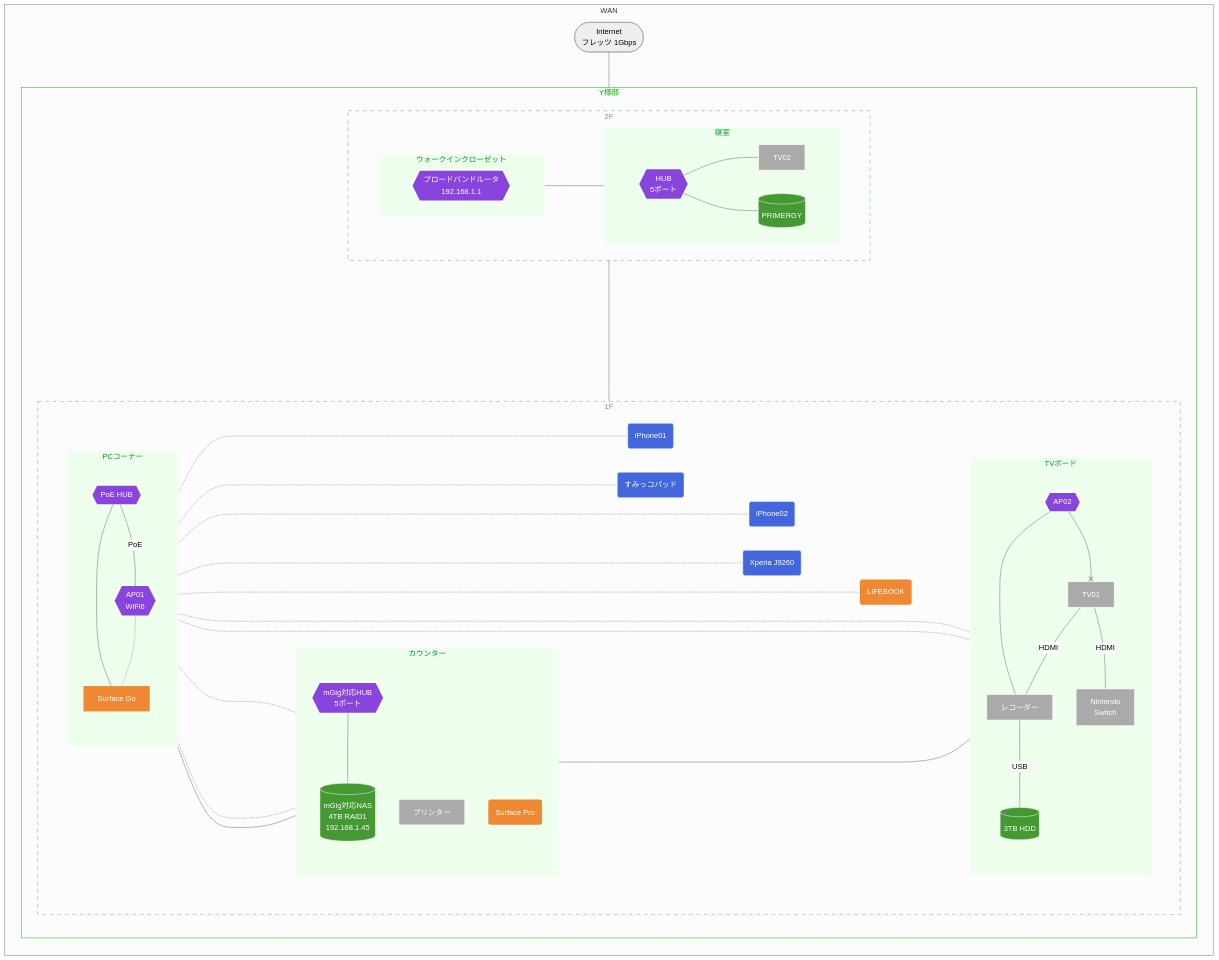
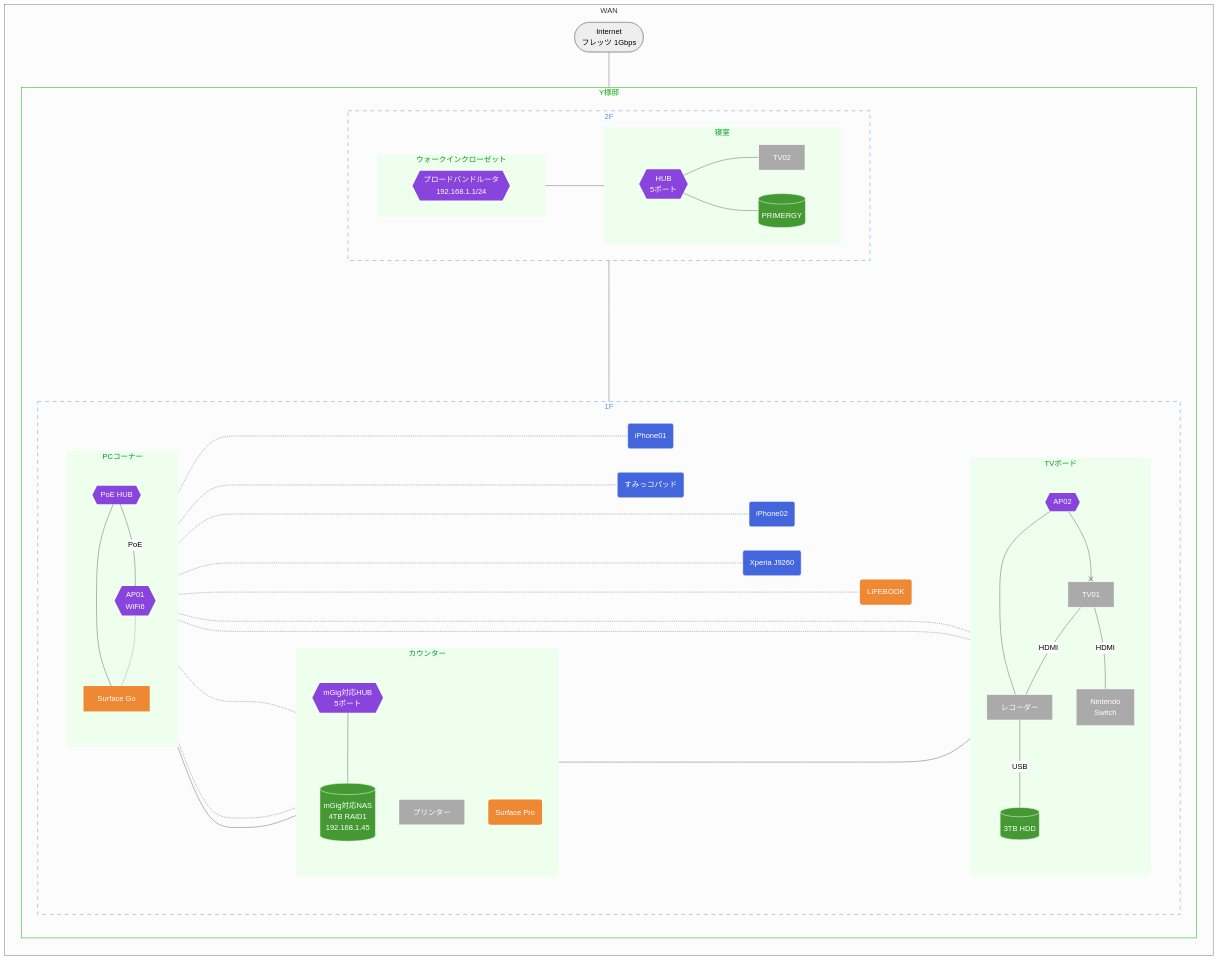
The diagram in Services/SH/2024/Y様邸/topology.md (hkr84dev/qkw_dgn_mtr), drawn with Mermaid (neutral theme) before and after one commit.

Commit message:
サブネットマスク追記

```diff
--- a/Services/SH/2024/Y様邸/topology.md
+++ b/Services/SH/2024/Y様邸/topology.md
@@ -22,7 +22,7 @@
  subgraph WAN
   direction TB
   Internet([Internet\nフレッツ 1Gbps])
-  Internet --- 211_2F_BBR{{ブロードバンドルータ\n192.168.1.1}}
+  Internet --- 211_2F_BBR{{ブロードバンドルータ\n192.168.1.1/24}}
   class 211_2F_BBR NW
 
   subgraph Home[Y様邸]
```
